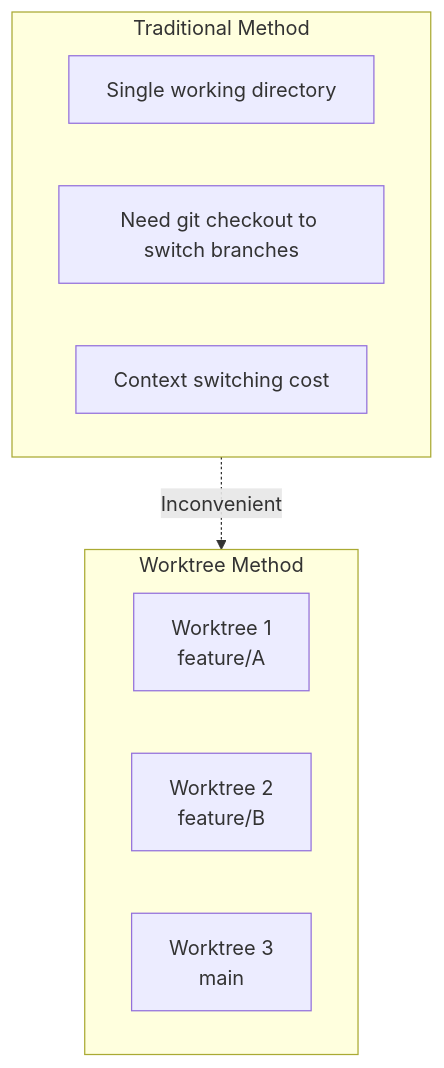
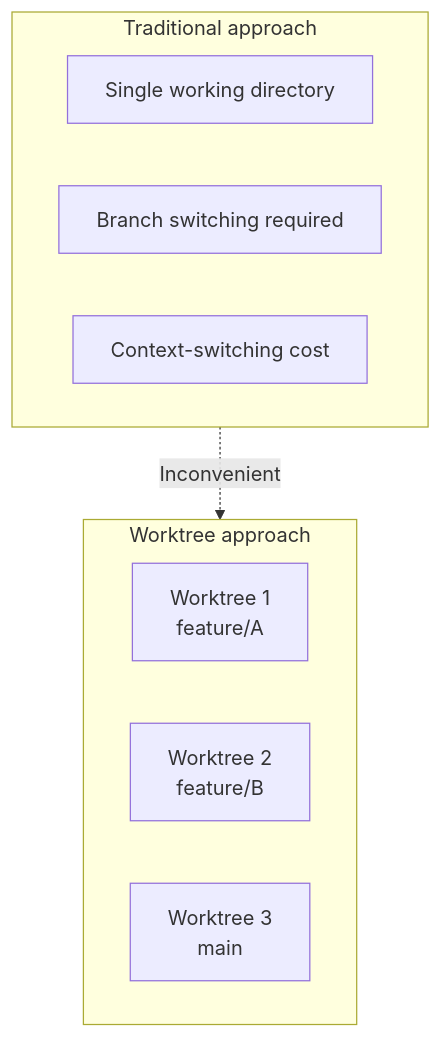
The first of 10 diagrams in docs-site/content/en/worktree/guide.md (modu-ai/moai-adk), drawn with Mermaid before and after one commit. The commit also changed other lines of this file and 395 other files, not shown here.

````diff
--- a/docs-site/content/en/worktree/guide.md
+++ b/docs-site/content/en/worktree/guide.md
@@ -25,16 +30,16 @@
 ```mermaid
 graph TB
-    subgraph Traditional["Traditional Method"]
+    subgraph Traditional["Traditional approach"]
         T1[Single working directory]
-        T2[Need git checkout to switch branches]
-        T3[Context switching cost]
+        T2[Branch switching required]
+        T3[Context-switching cost]
     end
 
-    subgraph Worktree["Worktree Method"]
+    subgraph Worktree["Worktree approach"]
         W1[Worktree 1<br/>feature/A]
         W2[Worktree 2<br/>feature/B]
         W3[Worktree 3<br/>main]
     end
 
     Traditional -.->|Inconvenient| Worktree
 ```
````
